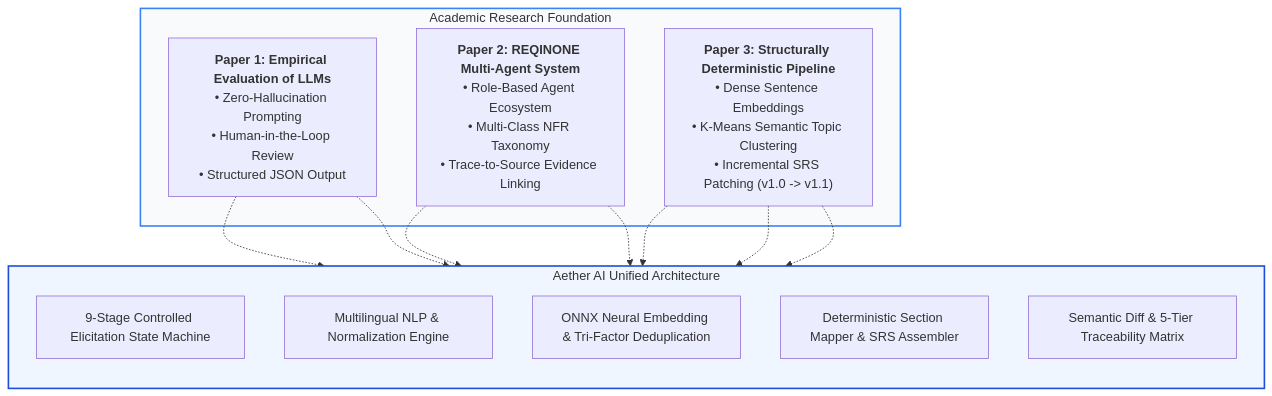
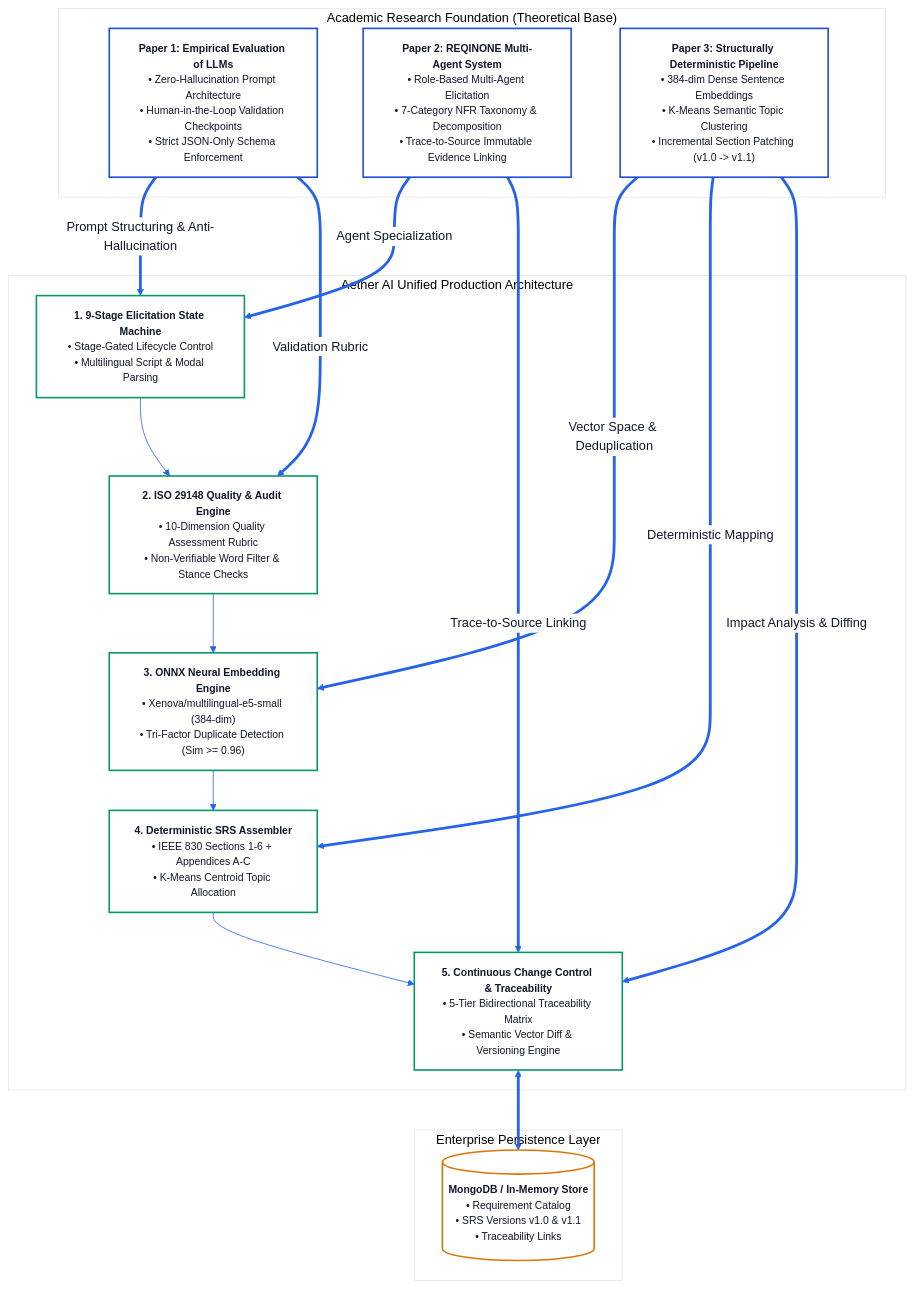
One commit to ValayaDase/Aether changed the first of 7 diagrams in PROJECT_RESEARCH_ALGORITHMS_AND_ARCHITECTURE.md. Above: the diagram before and after it, drawn with Mermaid. The commit also changed other lines of this file and 3 other files, not shown here.

Commit message:
docs: add formal research specification, high-visibility flowcharts, algorithms, and technical PDF report

````diff
--- a/PROJECT_RESEARCH_ALGORITHMS_AND_ARCHITECTURE.md
+++ b/PROJECT_RESEARCH_ALGORITHMS_AND_ARCHITECTURE.md
@@ -29,28 +31,39 @@
 ```mermaid
+%%{init: {'theme': 'base', 'themeVariables': {'primaryColor': '#ffffff', 'primaryTextColor': '#0f172a', 'primaryBorderColor': '#2563eb', 'lineColor': '#2563eb', 'secondaryColor': '#ffffff', 'tertiaryColor': '#ffffff'}}}%%
 flowchart TD
-    subgraph Research_Inspirations["Academic Research Foundation"]
-        P1["<b>Paper 1: Empirical Evaluation of LLMs</b><br/>• Zero-Hallucination Prompting<br/>• Human-in-the-Loop Review<br/>• Structured JSON Output"]
-        P2["<b>Paper 2: REQINONE Multi-Agent System</b><br/>• Role-Based Agent Ecosystem<br/>• Multi-Class NFR Taxonomy<br/>• Trace-to-Source Evidence Linking"]
-        P3["<b>Paper 3: Structurally Deterministic Pipeline</b><br/>• Dense Sentence Embeddings<br/>• K-Means Semantic Topic Clustering<br/>• Incremental SRS Patching (v1.0 -> v1.1)"]
+    classDef paperBox fill:#ffffff,stroke:#1d4ed8,stroke-width:2px,color:#0f172a,font-size:13px;
+    classDef coreBox fill:#ffffff,stroke:#059669,stroke-width:2px,color:#0f172a,font-size:13px;
+    classDef storageBox fill:#ffffff,stroke:#d97706,stroke-width:2px,color:#0f172a,font-size:13px;
+
+    subgraph Research_Inspirations["Academic Research Foundation (Theoretical Base)"]
+        P1["<b>Paper 1: Empirical Evaluation of LLMs</b><br/>• Zero-Hallucination Prompt Architecture<br/>• Human-in-the-Loop Validation Checkpoints<br/>• Strict JSON-Only Schema Enforcement"]:::paperBox
+        P2["<b>Paper 2: REQINONE Multi-Agent System</b><br/>• Role-Based Multi-Agent Elicitation<br/>• 7-Category NFR Taxonomy & Decomposition<br/>• Trace-to-Source Immutable Evidence Linking"]:::paperBox
+        P3["<b>Paper 3: Structurally Deterministic Pipeline</b><br/>• 384-dim Dense Sentence Embeddings<br/>• K-Means Semantic Topic Clustering<br/>• Incremental Section Patching (v1.0 -> v1.1)"]:::paperBox
     end
 
-    subgraph Aether_Core["Aether AI Unified Architecture"]
-        direction TB
-        Elicitation["9-Stage Controlled Elicitation State Machine"]
-        Semantic["Multilingual NLP & Normalization Engine"]
-        VectorCore["ONNX Neural Embedding & Tri-Factor Deduplication"]
-        Mapping["Deterministic Section Mapper & SRS Assembler"]
-        ChangeControl["Semantic Diff & 5-Tier Traceability Matrix"]
+    subgraph Aether_Core["Aether AI Unified Production Architecture"]
+        ElicitationModule["<b>1. 9-Stage Elicitation State Machine</b><br/>• Stage-Gated Lifecycle Control<br/>• Multilingual Script & Modal Parsing"]:::coreBox
+        QualityModule["<b>2. ISO 29148 Quality & Audit Engine</b><br/>• 10-Dimension Quality Assessment Rubric<br/>• Non-Verifiable Word Filter & Stance Checks"]:::coreBox
+        NeuralModule["<b>3. ONNX Neural Embedding Engine</b><br/>• Xenova/multilingual-e5-small (384-dim)<br/>• Tri-Factor Duplicate Detection (Sim >= 0.96)"]:::coreBox
+        AssemblyModule["<b>4. Deterministic SRS Assembler</b><br/>• IEEE 830 Sections 1-6 + Appendices A-C<br/>• K-Means Centroid Topic Allocation"]:::coreBox
+        ChangeModule["<b>5. Continuous Change Control & Traceability</b><br/>• 5-Tier Bidirectional Traceability Matrix<br/>• Semantic Vector Diff & Versioning Engine"]:::coreBox
     end
 
-    P1 -.-> Elicitation
-    P1 -.-> Semantic
-    P2 -.-> Elicitation
-    P2 -.-> ChangeControl
-    P3 -.-> VectorCore
-    P3 -.-> Mapping
-    P3 -.-> ChangeControl
+    subgraph Persistence_Layer["Enterprise Persistence Layer"]
+        DB[(<b>MongoDB / In-Memory Store</b><br/>• Requirement Catalog<br/>• SRS Versions v1.0 & v1.1<br/>• Traceability Links)]:::storageBox
+    end
 
-    style Research_Inspirations fill:#f8fafc,stroke:#3b82f6,stroke-width:2px
-    style Aether_Core fill:#eff6ff,stroke:#1d4ed8,stroke-width:2px
+    P1 ==>|Prompt Structuring & Anti-Hallucination| ElicitationModule
+    P1 ==>|Validation Rubric| QualityModule
+    P2 ==>|Agent Specialization| ElicitationModule
+    P2 ==>|Trace-to-Source Linking| ChangeModule
+    P3 ==>|Vector Space & Deduplication| NeuralModule
+    P3 ==>|Deterministic Mapping| AssemblyModule
+    P3 ==>|Impact Analysis & Diffing| ChangeModule
+
+    ElicitationModule --> QualityModule
+    QualityModule --> NeuralModule
+    NeuralModule --> AssemblyModule
+    AssemblyModule --> ChangeModule
+    ChangeModule <==> DB
 ```
````
